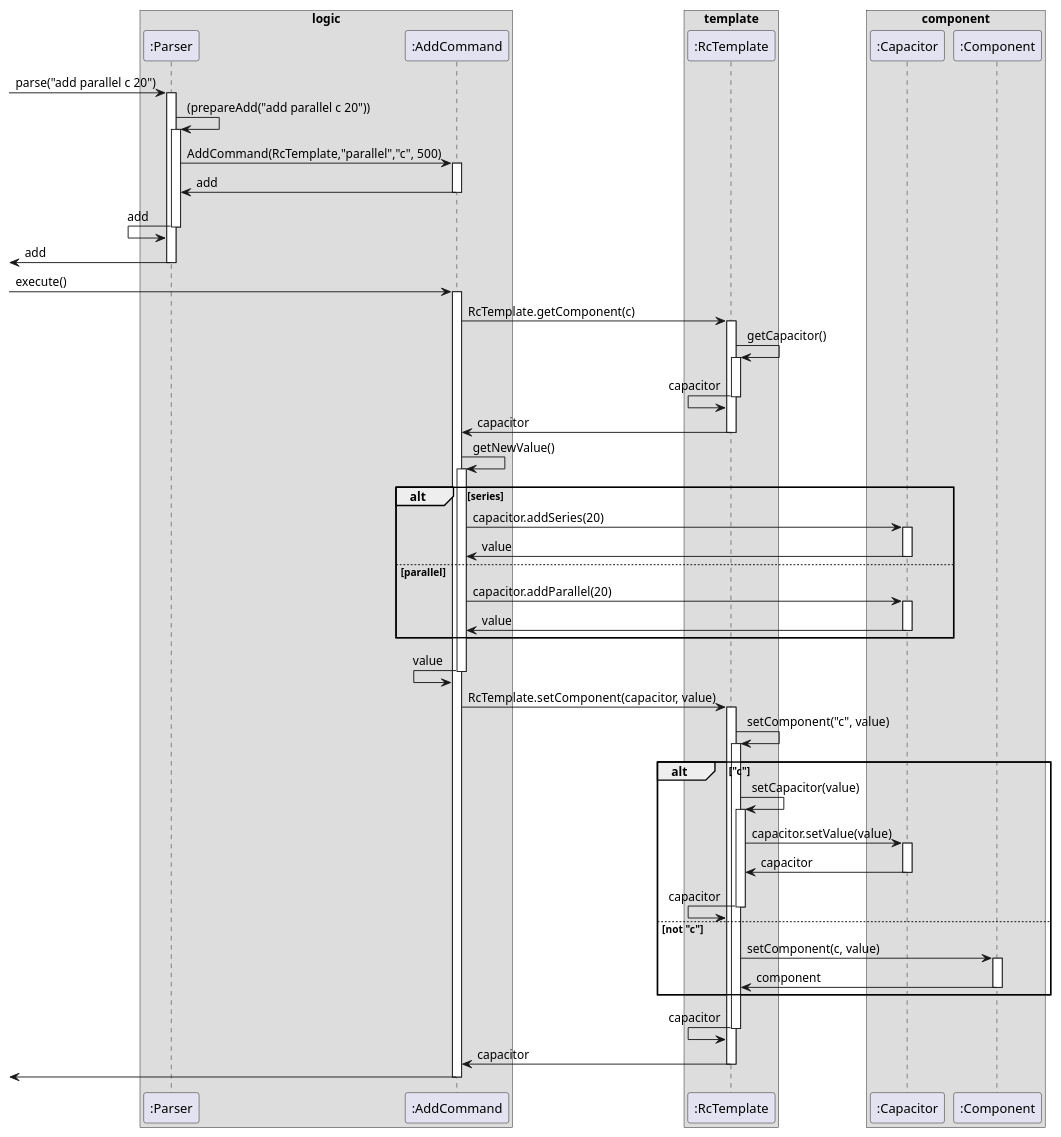
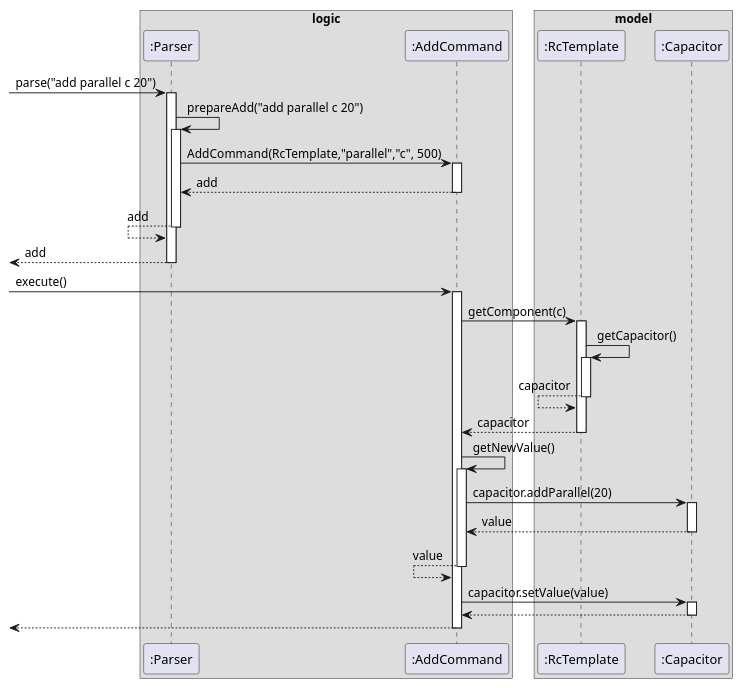
One commit to sevenseasofbri/tp changed the diagram in docs/diagrams/AddSequenceDiagram.puml. Above: the diagram before and after it, drawn with PlantUML. The commit also changed 18 other files, not shown here.

Commit message:
Update UML diagrams

```diff
--- a/docs/diagrams/AddSequenceDiagram.puml
+++ b/docs/diagrams/AddSequenceDiagram.puml
@@ -1,112 +1,67 @@
 @startuml
 
 box logic
 participant ":Parser" as Parser
 participant ":AddCommand" as AddCommand
 end box
 
-box template
+box model
 participant ":RcTemplate" as RcTemplate
-end box
-
-box component
 participant ":Capacitor" as Capacitor
-participant ":Component" as Component
 end box
 
 [-> Parser : parse("add parallel c 20")
 activate Parser
 
-Parser -> Parser : (prepareAdd("add parallel c 20"))
+Parser -> Parser : prepareAdd("add parallel c 20")
 activate Parser
 
 Parser -> AddCommand : AddCommand(RcTemplate,"parallel","c", 500)
 activate AddCommand
 
-Parser <- AddCommand : add
+Parser <-- AddCommand : add
 deactivate AddCommand
 
-Parser <- Parser : add
+Parser <-- Parser : add
 deactivate Parser
 
-[<- Parser : add
+[<-- Parser : add
 deactivate Parser
 
 [-> AddCommand: execute()
 activate AddCommand
 
-AddCommand -> RcTemplate : RcTemplate.getComponent(c)
+AddCommand -> RcTemplate : getComponent(c)
 activate RcTemplate
 
 RcTemplate -> RcTemplate : getCapacitor()
 activate RcTemplate
 
-RcTemplate <- RcTemplate : capacitor
+RcTemplate <-- RcTemplate : capacitor
 deactivate RcTemplate
 
-AddCommand <- RcTemplate : capacitor
+AddCommand <-- RcTemplate : capacitor
 deactivate RcTemplate
 
 AddCommand -> AddCommand : getNewValue()
 activate AddCommand
 
-alt series
-AddCommand -> Capacitor : capacitor.addSeries(20)
-activate Capacitor
-
-AddCommand <- Capacitor : value
-deactivate Capacitor
-
-else parallel
 AddCommand -> Capacitor : capacitor.addParallel(20)
 activate Capacitor
 
-AddCommand <- Capacitor : value
+AddCommand <-- Capacitor : value
 deactivate Capacitor
-end
 
-AddCommand <- AddCommand : value
+AddCommand <-- AddCommand : value
 deactivate AddCommand
 
-
-AddCommand -> RcTemplate: RcTemplate.setComponent(capacitor, value)
-activate RcTemplate
-
-RcTemplate -> RcTemplate: setComponent("c", value)
-activate RcTemplate
-
-alt "c"
-RcTemplate -> RcTemplate: setCapacitor(value)
-activate RcTemplate
-
-RcTemplate -> Capacitor: capacitor.setValue(value)
+AddCommand -> Capacitor: capacitor.setValue(value)
 activate Capacitor
 
-RcTemplate <- Capacitor: capacitor
+AddCommand <-- Capacitor
 deactivate Capacitor
 
-RcTemplate <- RcTemplate: capacitor
-deactivate RcTemplate
-
-else not "c"
-RcTemplate -> Component: setComponent(c, value)
-activate Component
-
-RcTemplate <- Component: component
-deactivate Component
-end
-
-RcTemplate <- RcTemplate: capacitor
-deactivate RcTemplate
-
-AddCommand <- RcTemplate: capacitor
-deactivate RcTemplate
-
-[<- AddCommand
+[<-- AddCommand
 deactivate AddCommand
 
-
-
-
-
 @enduml
```
